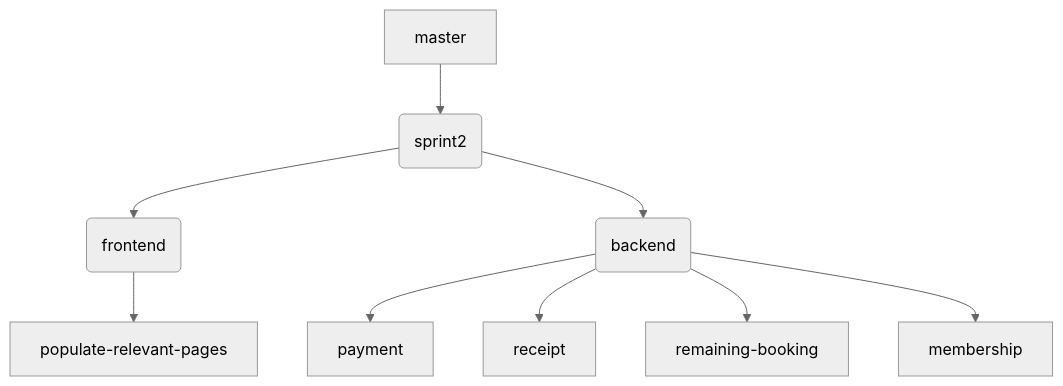
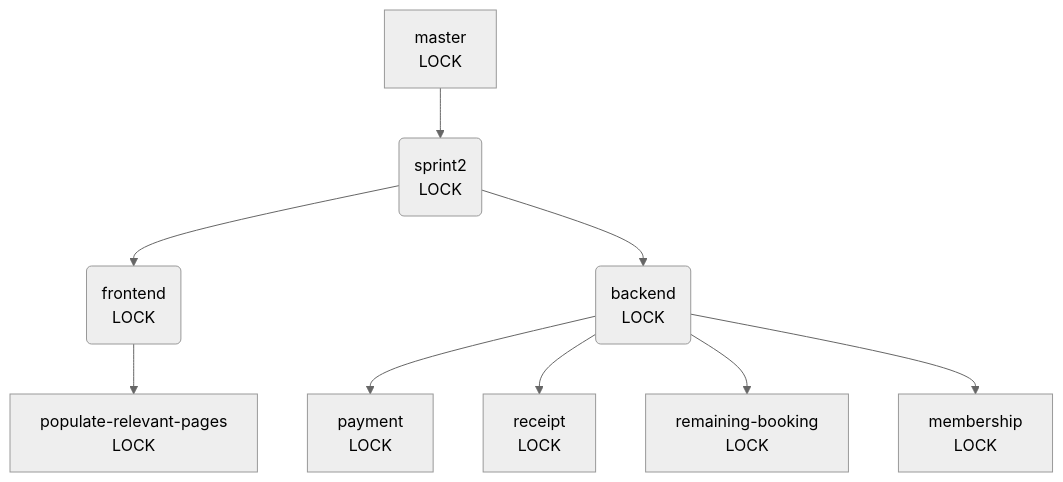
The diagram in Documentation/Git-Structure.md (jtarbard/Software-Engineering-Project-Wiki), drawn with Mermaid (neutral theme) before and after one commit.

Commit message:
Update Git Structure

````diff
--- a/Documentation/Git-Structure.md
+++ b/Documentation/Git-Structure.md
@@ -1,12 +1,12 @@
 ```mermaid
 graph TD
-  master[master] --> sprint2(sprint2)
-  sprint2 --> frontend(frontend)
-  sprint2 --> backend(backend)
+  master[master <br> LOCK] --> sprint2(sprint2 <br> LOCK)
+  sprint2 --> frontend(frontend <br> LOCK)
+  sprint2 --> backend(backend <br> LOCK)
 
-  frontend --> populate[populate-relevant-pages]
-  backend --> payment[payment]
-  backend --> receipt[receipt]
-  backend --> booking[remaining-booking]
-  backend --> membership[membership]
+  frontend --> populate[populate-relevant-pages <br> LOCK]
+  backend --> payment[payment <br> LOCK]
+  backend --> receipt[receipt <br> LOCK]
+  backend --> booking[remaining-booking <br> LOCK]
+  backend --> membership[membership <br> LOCK]
 ```
````
